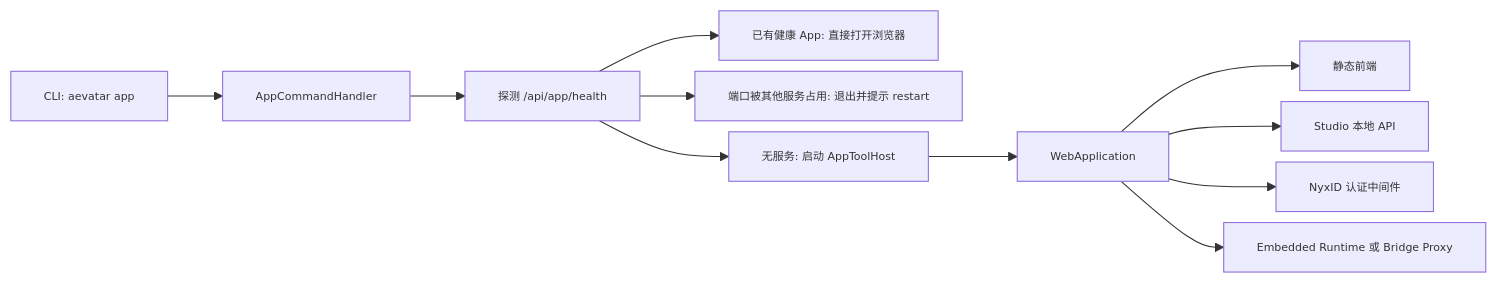
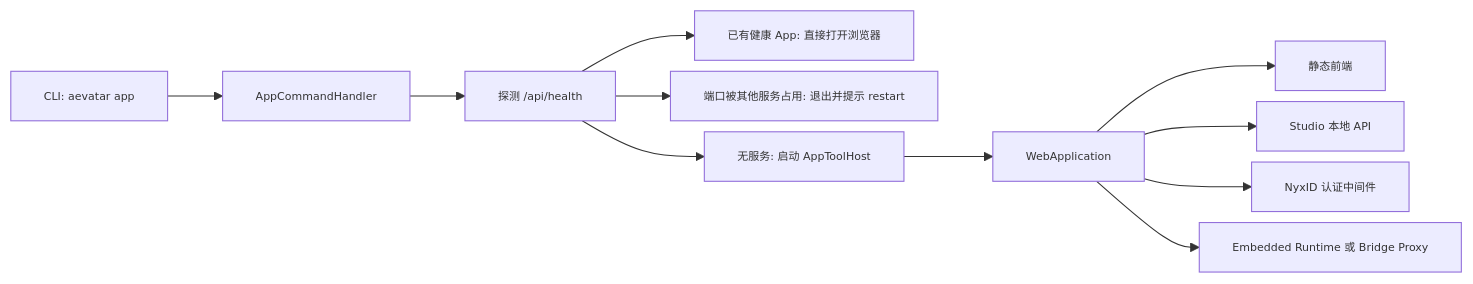
One commit to aevatarAI/aevatar changed the first of 10 diagrams in docs/AEVATAR_APP_IMPLEMENTATION_CN.md. Above: the diagram before and after it, drawn with Mermaid. The commit also changed other lines of this file and 25 other files, not shown here.

First line of the commit message:
feat: add comprehensive health check endpoints and OpenAPI integration

````diff
--- a/docs/AEVATAR_APP_IMPLEMENTATION_CN.md
+++ b/docs/AEVATAR_APP_IMPLEMENTATION_CN.md
@@ -105,14 +105,14 @@
 ```mermaid
 %%{init: {"maxTextSize": 100000, "flowchart": {"useMaxWidth": false, "nodeSpacing": 10, "rankSpacing": 50}, "themeVariables": {"fontSize": "10px"}}}%%
 flowchart LR
   A["CLI: aevatar app"] --> B["AppCommandHandler"]
-  B --> C["探测 /api/app/health"]
+  B --> C["探测 /api/health"]
   C --> D["已有健康 App: 直接打开浏览器"]
   C --> E["端口被其他服务占用: 退出并提示 restart"]
   C --> F["无服务: 启动 AppToolHost"]
   F --> G["WebApplication"]
   G --> H["静态前端"]
   G --> I["Studio 本地 API"]
   G --> J["NyxID 认证中间件"]
   G --> K["Embedded Runtime 或 Bridge Proxy"]
 ```
````
